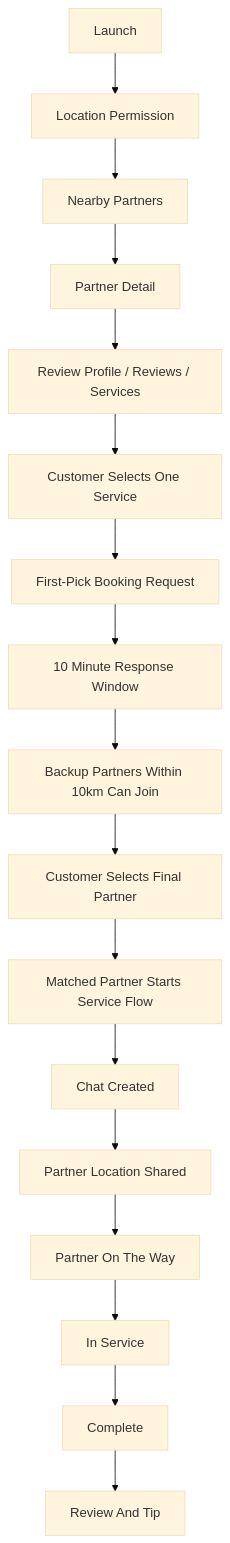
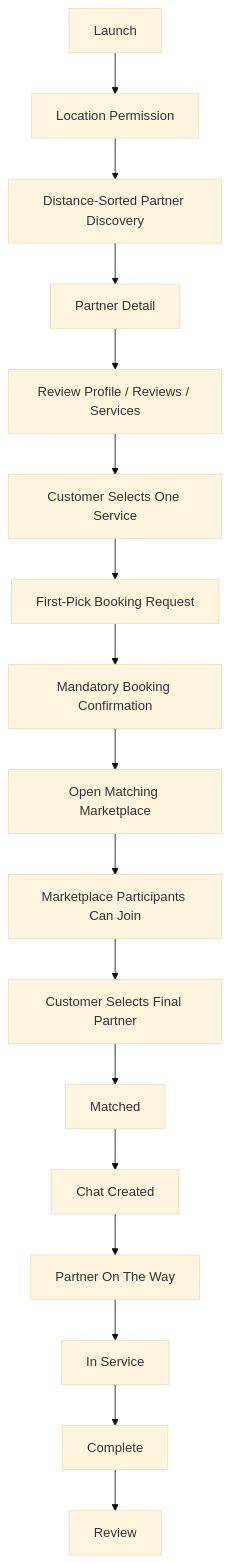
One commit to hands-platform/hands-app changed the first of 3 diagrams in docs/flows/ux-flow-map.md. Above: the diagram before and after it, drawn with Mermaid (base theme). The commit also changed other lines of this file and 6 other files, not shown here.

````diff
--- a/docs/flows/ux-flow-map.md
+++ b/docs/flows/ux-flow-map.md
@@ -37,19 +37,19 @@
 ```mermaid
 flowchart TD
   A["Launch"] --> B["Location Permission"]
-  B --> C["Nearby Partners"]
+  B --> C["Distance-Sorted Partner Discovery"]
   C --> D["Partner Detail"]
   D --> E["Review Profile / Reviews / Services"]
   E --> F["Customer Selects One Service"]
   F --> G["First-Pick Booking Request"]
-  G --> H["10 Minute Response Window"]
-  H --> I["Backup Partners Within 10km Can Join"]
-  I --> J["Customer Selects Final Partner"]
-  J --> K["Matched Partner Starts Service Flow"]
-  K --> L["Chat Created"]
-  L --> M["Partner Location Shared"]
+  G --> H["Mandatory Booking Confirmation"]
+  H --> I["Open Matching Marketplace"]
+  I --> J["Marketplace Participants Can Join"]
+  J --> K["Customer Selects Final Partner"]
+  K --> L["Matched"]
+  L --> M["Chat Created"]
   M --> N["Partner On The Way"]
   N --> O["In Service"]
   O --> P["Complete"]
-  P --> Q["Review And Tip"]
+  P --> Q["Review"]
 ```
````
